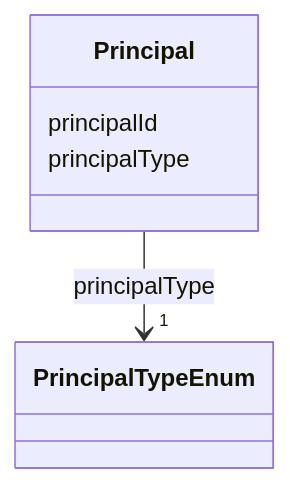
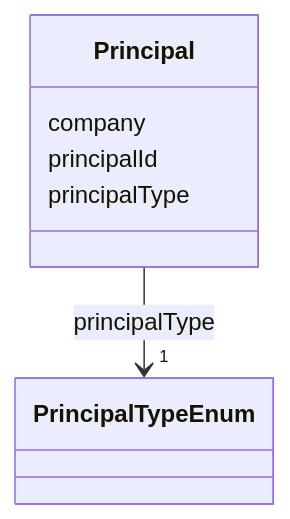
One commit to mc2-center/governanceDUO changed the diagram in docs/reference/classes/Principal.md. Above: the diagram before and after it, drawn with Mermaid. The commit also changed other lines of this file and 33 other files, not shown here.

````diff
--- a/docs/reference/classes/Principal.md
+++ b/docs/reference/classes/Principal.md
@@ -23,19 +25,21 @@
 ```mermaid
  classDiagram
     class Principal
     click Principal href "../../classes/Principal/"
+      Principal : company
+        
       Principal : principalId
         
       Principal : principalType
         
           
     
         
         
         Principal --> "1" PrincipalTypeEnum : principalType
         click PrincipalTypeEnum href "../../enums/PrincipalTypeEnum/"
     
 
         
       
 ```
````
